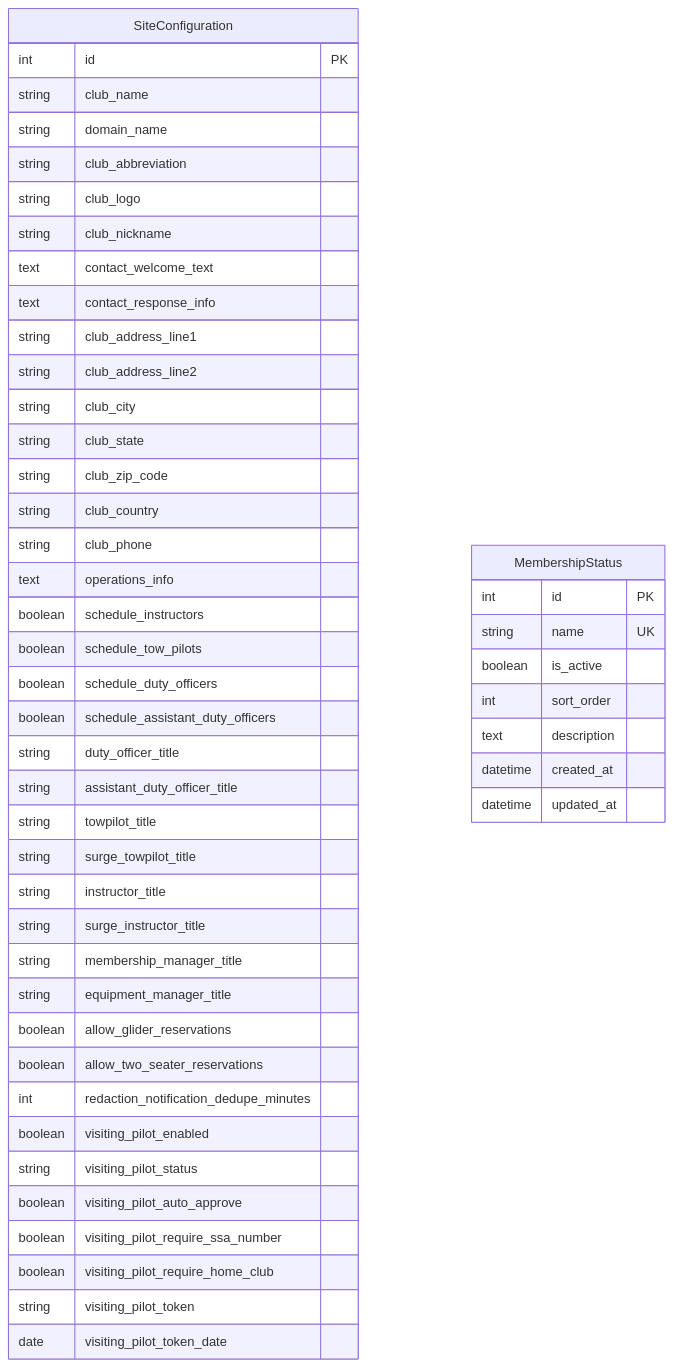
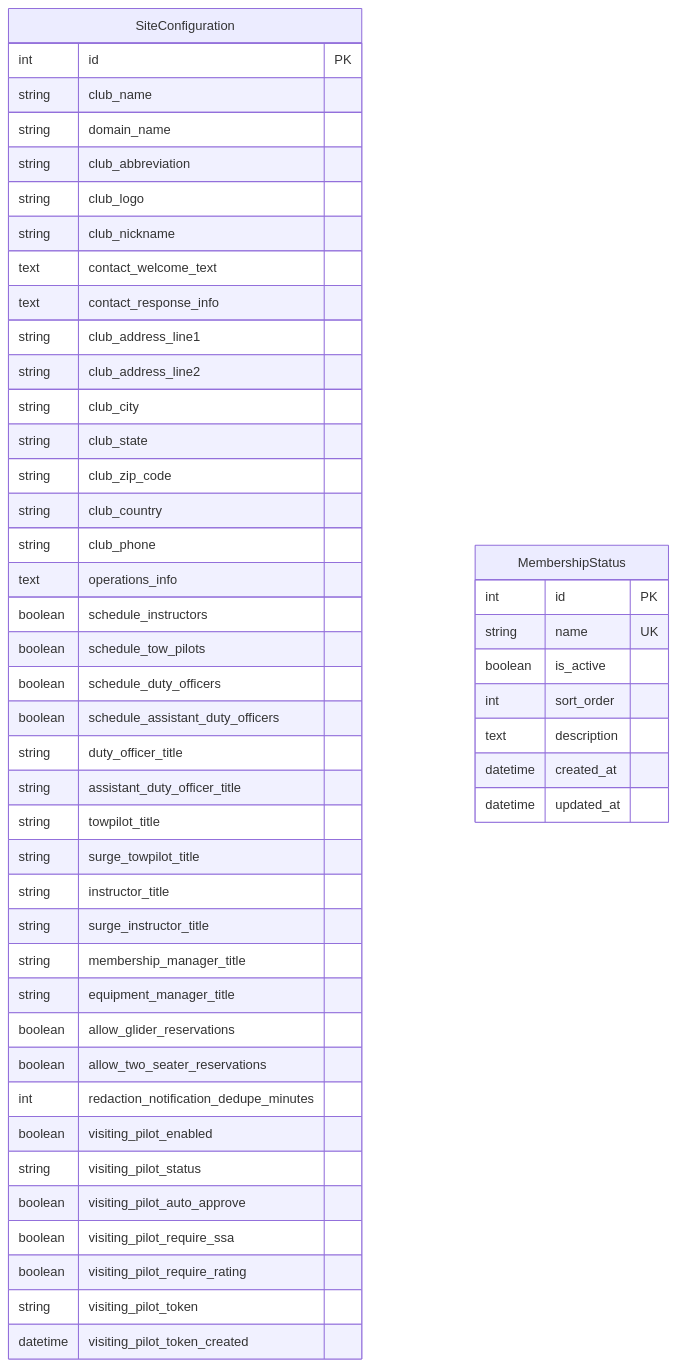
One commit to pietbarber/Manage2Soar changed the diagram in siteconfig/docs/models.md. Above: the diagram before and after it, drawn with Mermaid. The commit also changed 4 other files, not shown here.

````diff
--- a/siteconfig/docs/models.md
+++ b/siteconfig/docs/models.md
@@ -9,53 +9,53 @@
 ```mermaid
 erDiagram
     SiteConfiguration {
         int id PK
         string club_name
         string domain_name
         string club_abbreviation
         string club_logo
         string club_nickname
         text contact_welcome_text
         text contact_response_info
         string club_address_line1
         string club_address_line2
         string club_city
         string club_state
         string club_zip_code
         string club_country
         string club_phone
         text operations_info
         boolean schedule_instructors
         boolean schedule_tow_pilots
         boolean schedule_duty_officers
         boolean schedule_assistant_duty_officers
         string duty_officer_title
         string assistant_duty_officer_title
         string towpilot_title
         string surge_towpilot_title
         string instructor_title
         string surge_instructor_title
         string membership_manager_title
         string equipment_manager_title
         boolean allow_glider_reservations
         boolean allow_two_seater_reservations
         int redaction_notification_dedupe_minutes
         boolean visiting_pilot_enabled
         string visiting_pilot_status
         boolean visiting_pilot_auto_approve
-        boolean visiting_pilot_require_ssa_number
-        boolean visiting_pilot_require_home_club
+        boolean visiting_pilot_require_ssa
+        boolean visiting_pilot_require_rating
         string visiting_pilot_token
-        date visiting_pilot_token_date
+        datetime visiting_pilot_token_created
     }
 
     MembershipStatus {
         int id PK
         string name UK
         boolean is_active
         int sort_order
         text description
         datetime created_at
         datetime updated_at
     }
 ```
````
